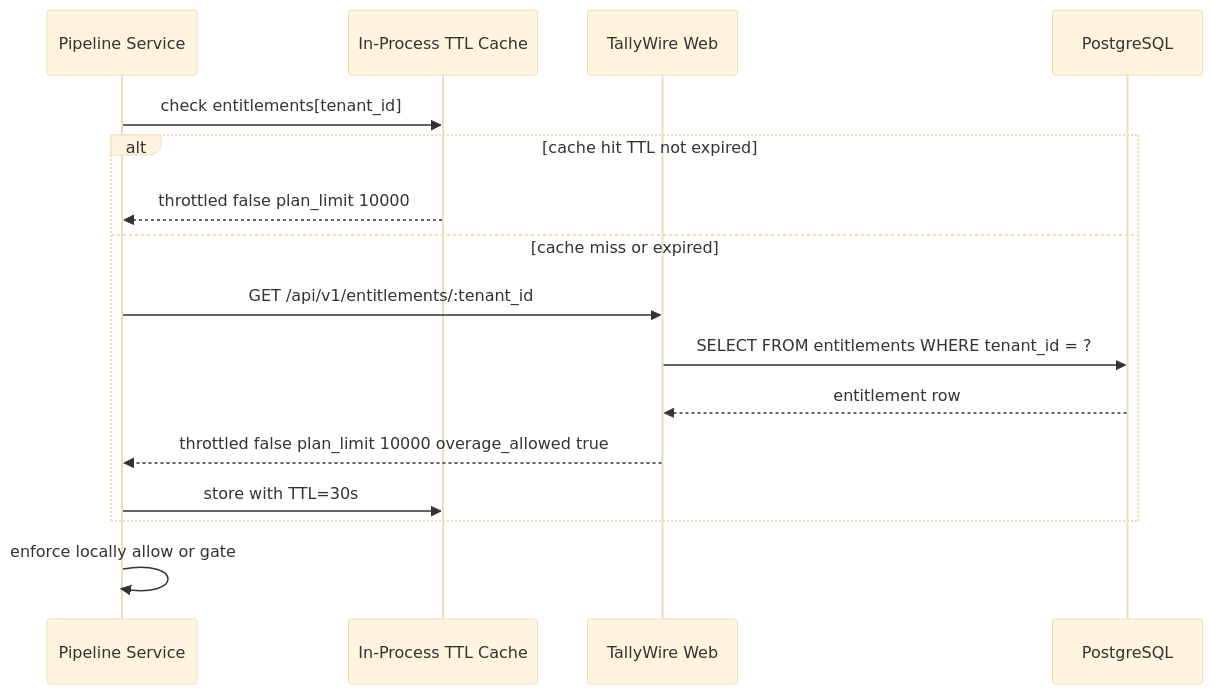
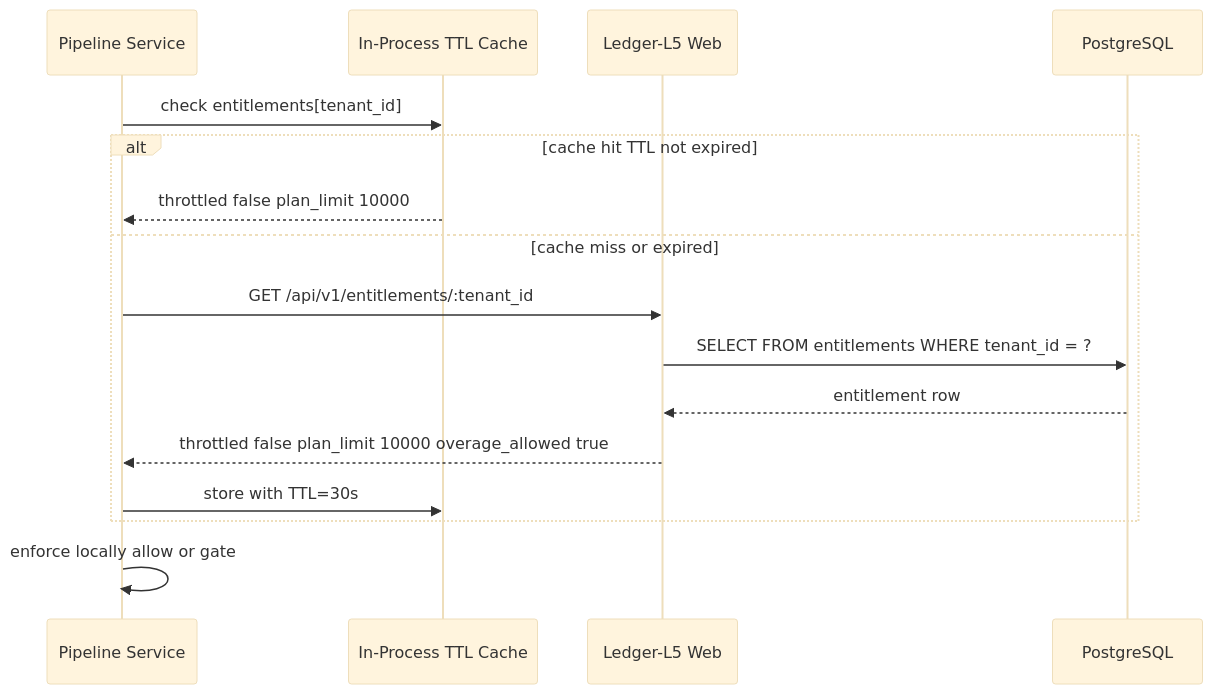
One commit to obrienma/Ledger-L5-rails changed the third of 5 diagrams in docs/architecture.md. Above: the diagram before and after it, drawn with Mermaid (base theme). The commit also changed other lines of this file and 10 other files, not shown here.

First line of the commit message:
chore(rename): TallyWire → Ledger-L5 (Pivot)

````diff
--- a/docs/architecture.md
+++ b/docs/architecture.md
@@ -93,19 +93,19 @@
 ```mermaid
 sequenceDiagram
     participant P as Pipeline Service
     participant Cache as In-Process TTL Cache
-    participant W as TallyWire Web
+    participant W as Ledger-L5 Web
     participant DB as PostgreSQL
 
     P->>Cache: check entitlements[tenant_id]
     alt cache hit TTL not expired
         Cache-->>P: throttled false plan_limit 10000
     else cache miss or expired
         P->>W: GET /api/v1/entitlements/:tenant_id
         W->>DB: SELECT FROM entitlements WHERE tenant_id = ?
         DB-->>W: entitlement row
         W-->>P: throttled false plan_limit 10000 overage_allowed true
         P->>Cache: store with TTL=30s
     end
     P->>P: enforce locally allow or gate
 ```
````
